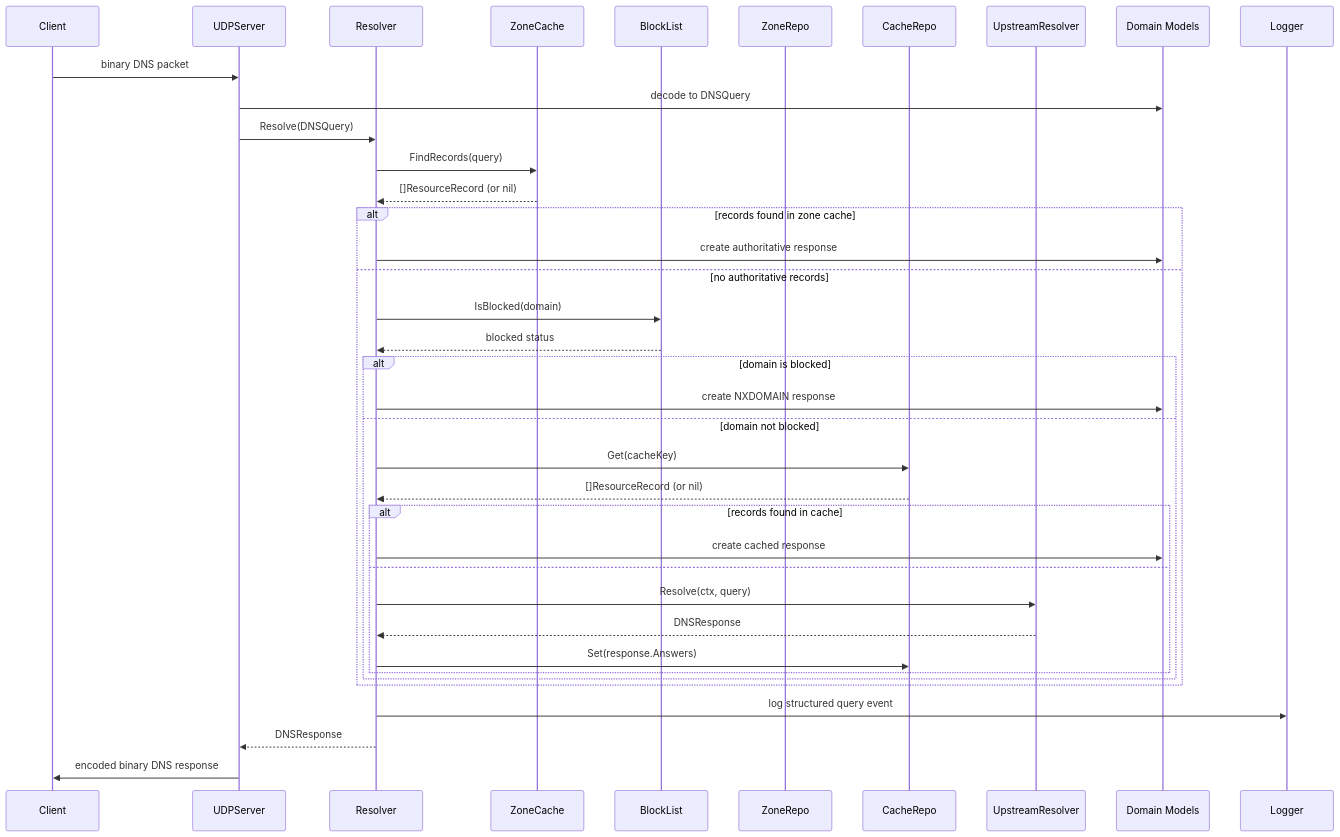
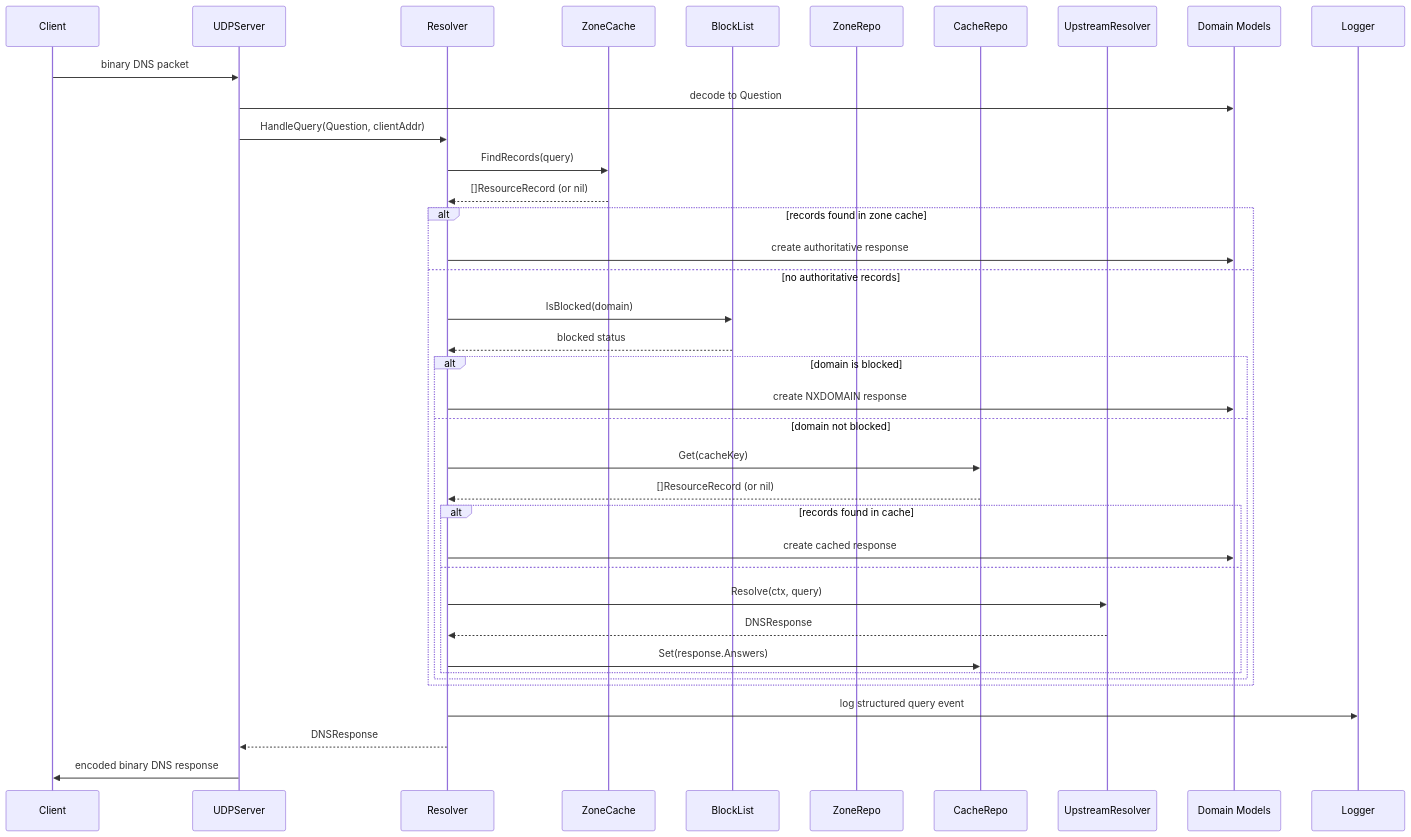
Before and after one commit to haukened/rr-dns: the seventh of 9 diagrams in docs/arc42.md, drawn with Mermaid. The commit also changed other lines of this file and 14 other files, not shown here.

Commit message:
refactor: rename DNSQuery to Question across documentation and codebase

````diff
--- a/docs/arc42.md
+++ b/docs/arc42.md
@@ -737,44 +737,44 @@
 ```mermaid
 sequenceDiagram
     participant Client
     participant UDPServer
     participant Resolver
     participant ZoneCache
     participant BlockList
     participant ZoneRepo
     participant CacheRepo
     participant UpstreamResolver
     participant Domain as Domain Models
 
     Client->>UDPServer: binary DNS packet
-    UDPServer->>Domain: decode to DNSQuery
-    UDPServer->>Resolver: Resolve(DNSQuery)
+    UDPServer->>Domain: decode to Question
+    UDPServer->>Resolver: HandleQuery(Question, clientAddr)
 
     Resolver->>ZoneCache: FindRecords(query)
     ZoneCache-->>Resolver: []ResourceRecord (or nil)
 
     alt records found in zone cache
         Resolver->>Domain: create authoritative response
     else no authoritative records
         Resolver->>BlockList: IsBlocked(domain)
         BlockList-->>Resolver: blocked status
         
         alt domain is blocked
             Resolver->>Domain: create NXDOMAIN response
         else domain not blocked
             Resolver->>CacheRepo: Get(cacheKey)
             CacheRepo-->>Resolver: []ResourceRecord (or nil)
             alt records found in cache
                 Resolver->>Domain: create cached response
             else
                 Resolver->>UpstreamResolver: Resolve(ctx, query)
                 UpstreamResolver-->>Resolver: DNSResponse
                 Resolver->>CacheRepo: Set(response.Answers)
             end
         end
     end
 
     Resolver->>Logger: log structured query event
     Resolver-->>UDPServer: DNSResponse
     UDPServer->>Client: encoded binary DNS response
 ```
````
